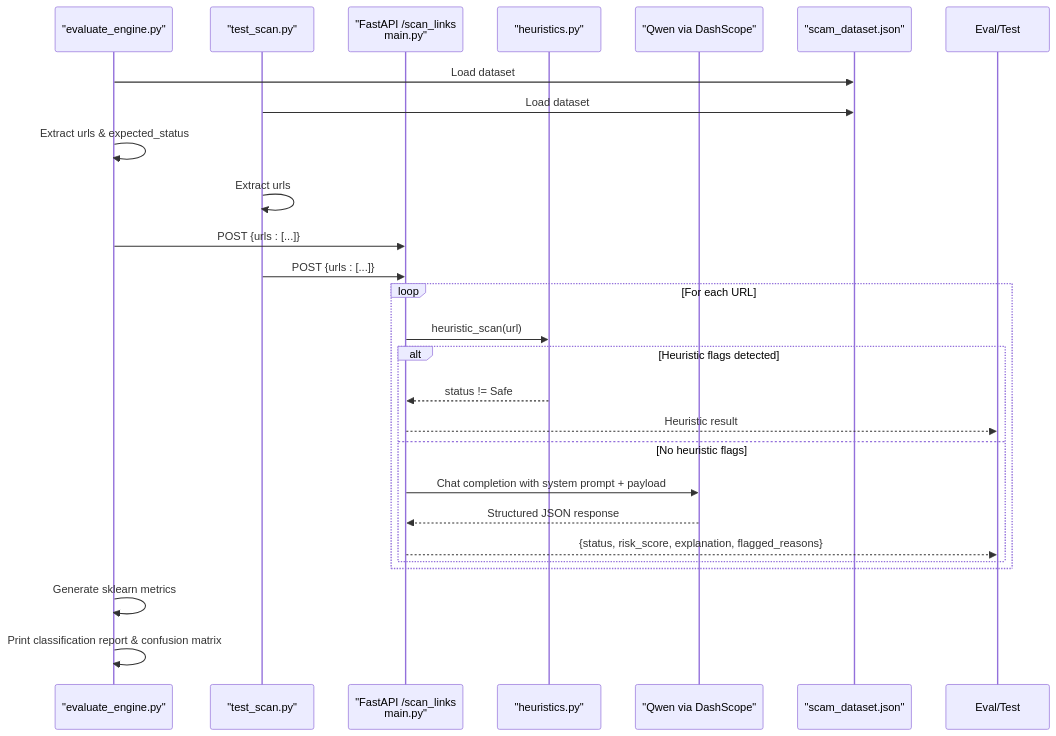
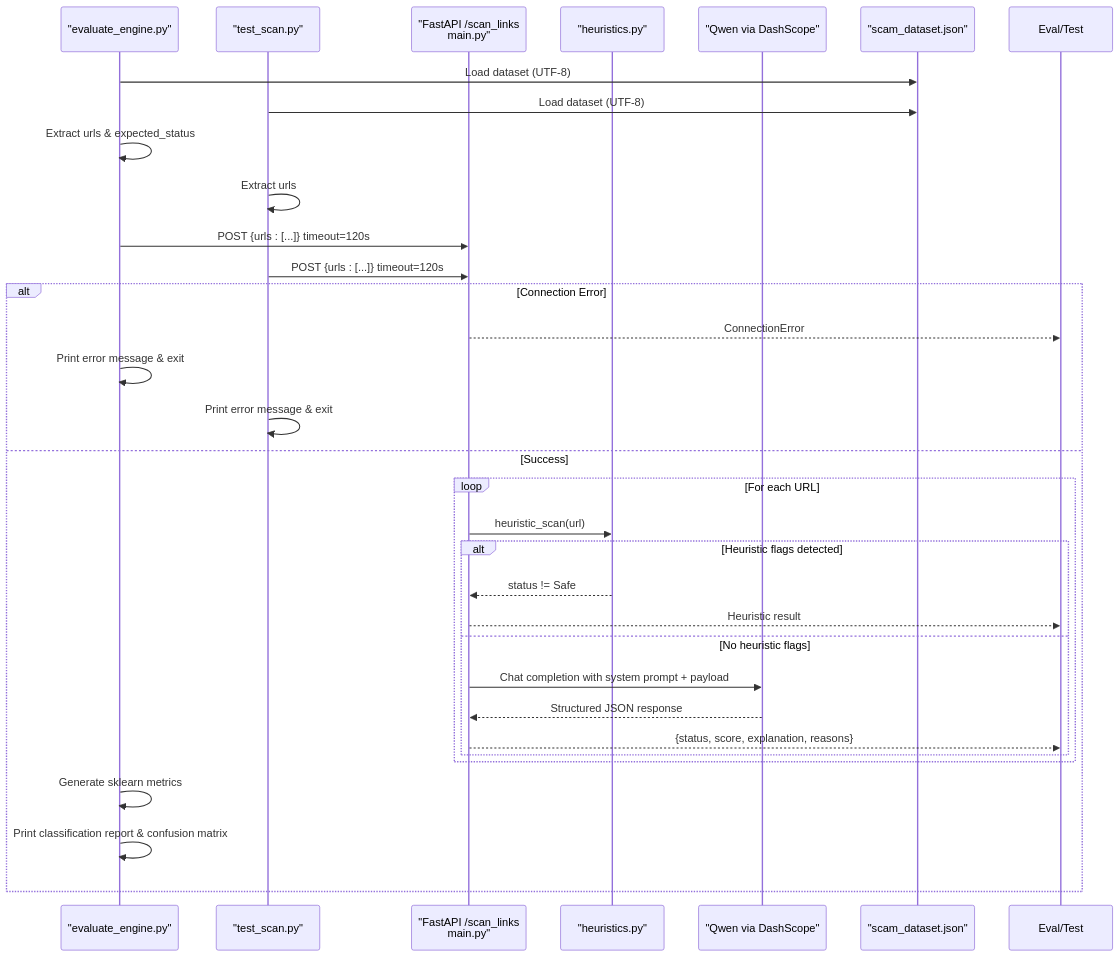
The second of 6 diagrams in .qoder/repowiki/en/content/Evaluation and Testing Framework.md (Aymanaahh/scrollguard-ai), drawn with Mermaid before and after one commit. The commit also changed other lines of this file and 18 other files, not shown here.

````diff
--- a/.qoder/repowiki/en/content/Evaluation and Testing Framework.md
+++ b/.qoder/repowiki/en/content/Evaluation and Testing Framework.md
@@ -99,28 +101,34 @@
 ```mermaid
 sequenceDiagram
 participant Eval as "evaluate_engine.py"
 participant Test as "test_scan.py"
 participant API as "FastAPI /scan_links<br/>main.py"
 participant Heur as "heuristics.py"
 participant LLM as "Qwen via DashScope"
 participant DS as "scam_dataset.json"
-Eval->>DS : Load dataset
-Test->>DS : Load dataset
+Eval->>DS : Load dataset (UTF-8)
+Test->>DS : Load dataset (UTF-8)
 Eval->>Eval : Extract urls & expected_status
 Test->>Test : Extract urls
-Eval->>API : POST {urls : [...]}
-Test->>API : POST {urls : [...]}
+Eval->>API : POST {urls : [...]} timeout=120s
+Test->>API : POST {urls : [...]} timeout=120s
+alt Connection Error
+API-->>Eval/Test : ConnectionError
+Eval->>Eval : Print error message & exit
+Test->>Test : Print error message & exit
+else Success
 loop For each URL
 API->>Heur : heuristic_scan(url)
 alt Heuristic flags detected
 Heur-->>API : status != Safe
 API-->>Eval/Test : Heuristic result
 else No heuristic flags
 API->>LLM : Chat completion with system prompt + payload
 LLM-->>API : Structured JSON response
-API-->>Eval/Test : {status, risk_score, explanation, flagged_reasons}
+API-->>Eval/Test : {status, score, explanation, reasons}
 end
 end
 Eval->>Eval : Generate sklearn metrics
 Eval->>Eval : Print classification report & confusion matrix
+end
 ```
````
